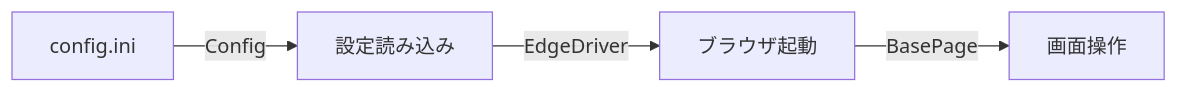
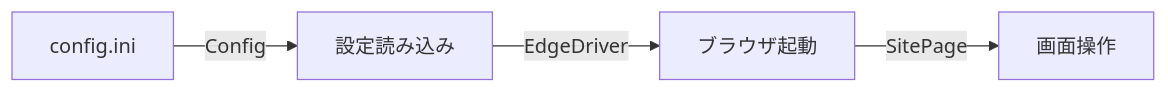
One commit to tenniscorecom/original_libs changed the fifth of 5 diagrams in README.md. Above: the diagram before and after it, drawn with Mermaid. The commit also changed other lines of this file, not shown here.

Commit message:
README: パッケージ構成・ユースケースを末尾に移動

````diff
--- a/README.md
+++ b/README.md
@@ -66,6 +531,6 @@
 ```mermaid
 flowchart LR
     A["config.ini"] -->|Config| B["設定読み込み"]
     B -->|EdgeDriver| C["ブラウザ起動"]
-    C -->|BasePage| D["画面操作"]
+    C -->|SitePage| D["画面操作"]
 ```
````
